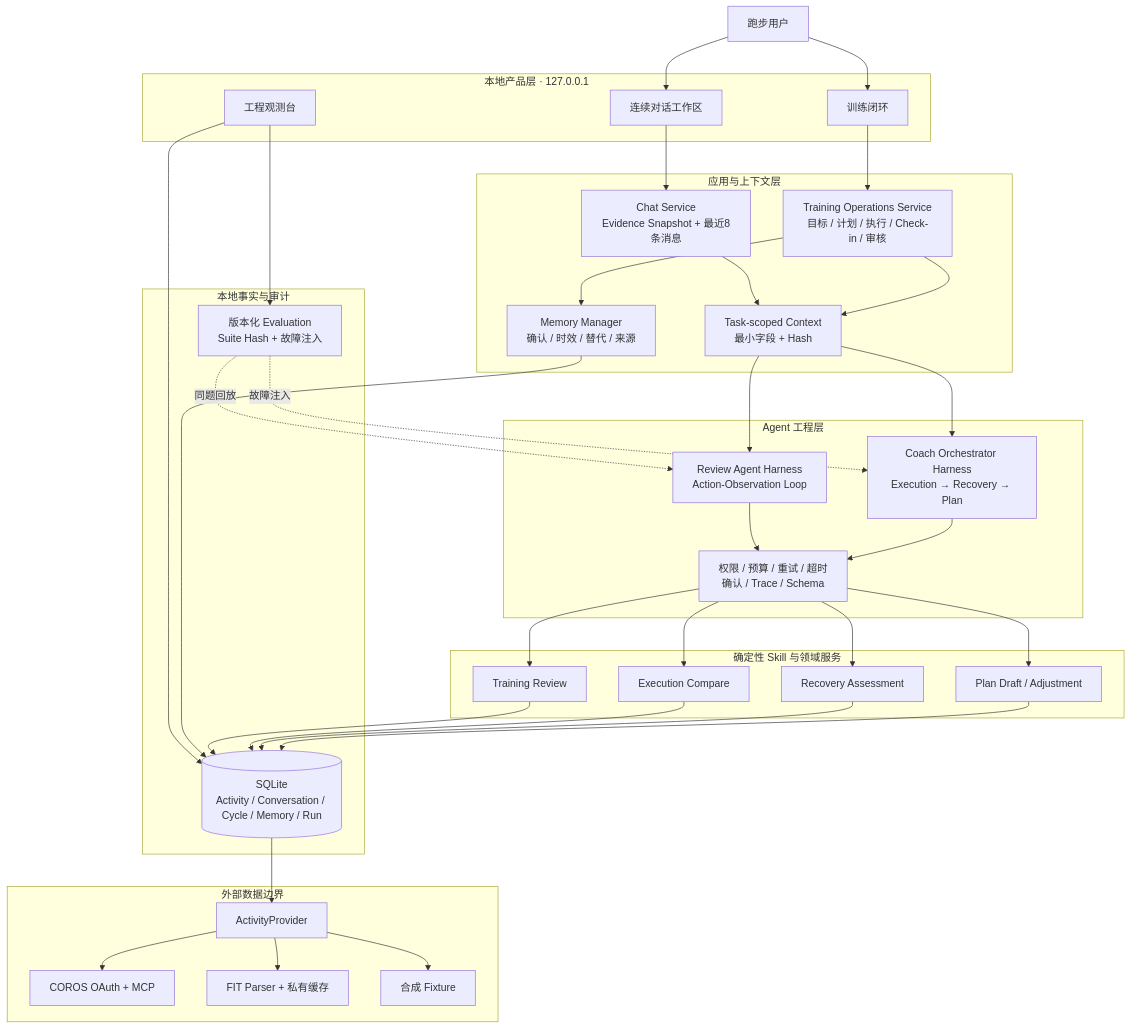
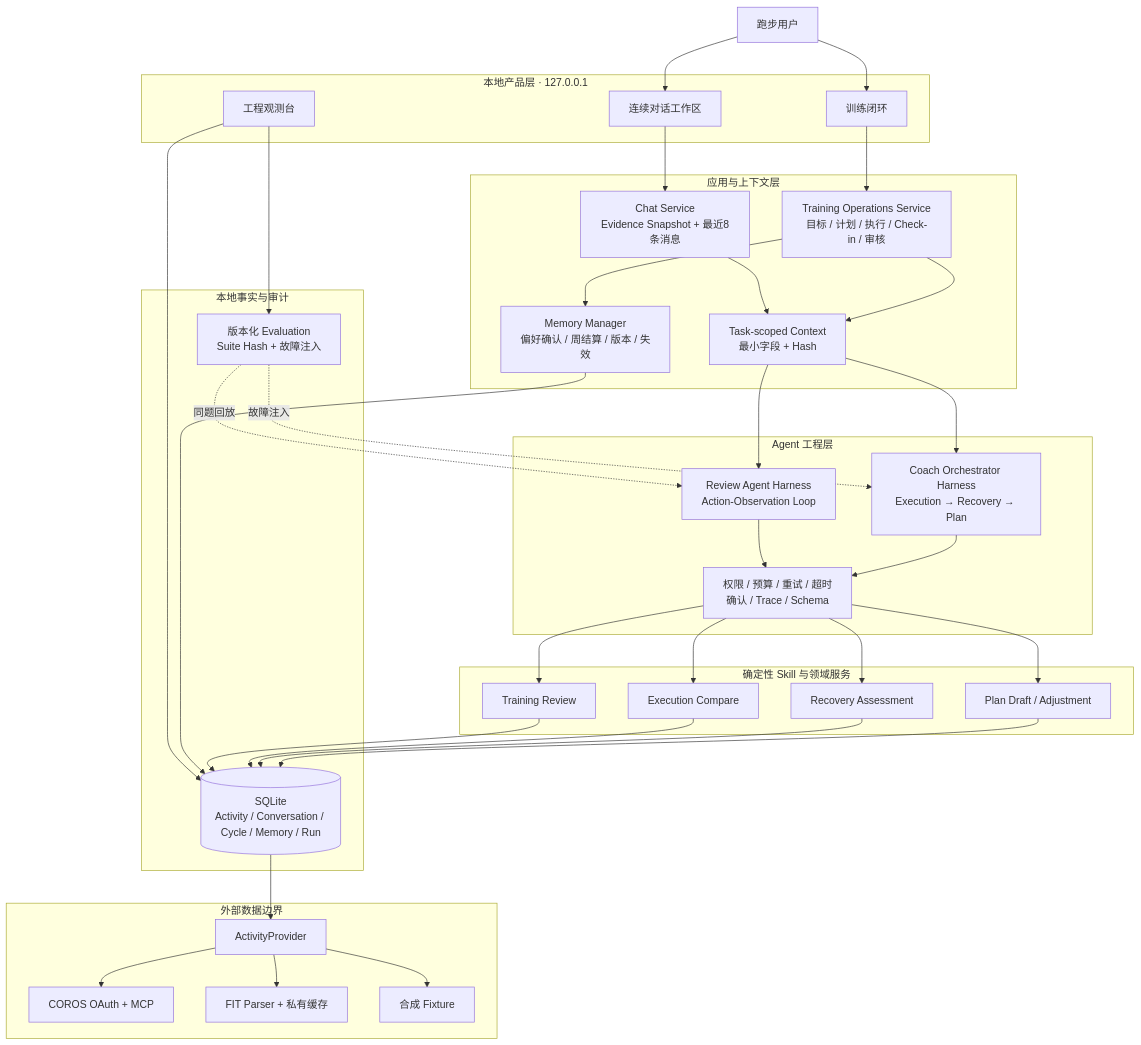
One commit to QRui6/RunCrew changed the diagram in docs/demo/system-architecture.md. Above: the diagram before and after it, drawn with Mermaid. The commit also changed other lines of this file and 51 other files, not shown here.

````diff
--- a/docs/demo/system-architecture.md
+++ b/docs/demo/system-architecture.md
@@ -3,74 +3,74 @@
 ```mermaid
 flowchart TB
     U[跑步用户]
 
     subgraph Product[本地产品层 · 127.0.0.1]
         Chat[连续对话工作区]
         Ops[训练闭环]
         Eng[工程观测台]
     end
 
     subgraph Application[应用与上下文层]
         ChatService[Chat Service<br/>Evidence Snapshot + 最近8条消息]
         TrainingOps[Training Operations Service<br/>目标 / 计划 / 执行 / Check-in / 审核]
-        Memory[Memory Manager<br/>确认 / 时效 / 替代 / 来源]
+        Memory[Memory Manager<br/>偏好确认 / 周结算 / 版本 / 失效]
         Context[Task-scoped Context<br/>最小字段 + Hash]
     end
 
     subgraph Agent[Agent 工程层]
         ReviewHarness[Review Agent Harness<br/>Action-Observation Loop]
         CoachHarness[Coach Orchestrator Harness<br/>Execution → Recovery → Plan]
         Guard[权限 / 预算 / 重试 / 超时<br/>确认 / Trace / Schema]
     end
 
     subgraph Skills[确定性 Skill 与领域服务]
         Review[Training Review]
         Execution[Execution Compare]
         Recovery[Recovery Assessment]
         Planning[Plan Draft / Adjustment]
     end
 
     subgraph Data[本地事实与审计]
         SQLite[(SQLite<br/>Activity / Conversation / Cycle / Memory / Run)]
         Eval[版本化 Evaluation<br/>Suite Hash + 故障注入]
     end
 
     subgraph Provider[外部数据边界]
         Adapter[ActivityProvider]
         Coros[COROS OAuth + MCP]
         Fit[FIT Parser + 私有缓存]
         Fixture[合成 Fixture]
     end
 
     U --> Chat
     U --> Ops
     Chat --> ChatService
     Ops --> TrainingOps
     Eng --> SQLite
     Eng --> Eval
 
     ChatService --> Context
     TrainingOps --> Context
     TrainingOps --> Memory
     Memory --> SQLite
     Context --> ReviewHarness
     Context --> CoachHarness
     ReviewHarness --> Guard
     CoachHarness --> Guard
     Guard --> Review
     Guard --> Execution
     Guard --> Recovery
     Guard --> Planning
 
     Review --> SQLite
     Execution --> SQLite
     Recovery --> SQLite
     Planning --> SQLite
     Eval -.同题回放.-> ReviewHarness
     Eval -.故障注入.-> CoachHarness
 
     SQLite --> Adapter
     Adapter --> Coros
     Adapter --> Fit
     Adapter --> Fixture
 ```
````
